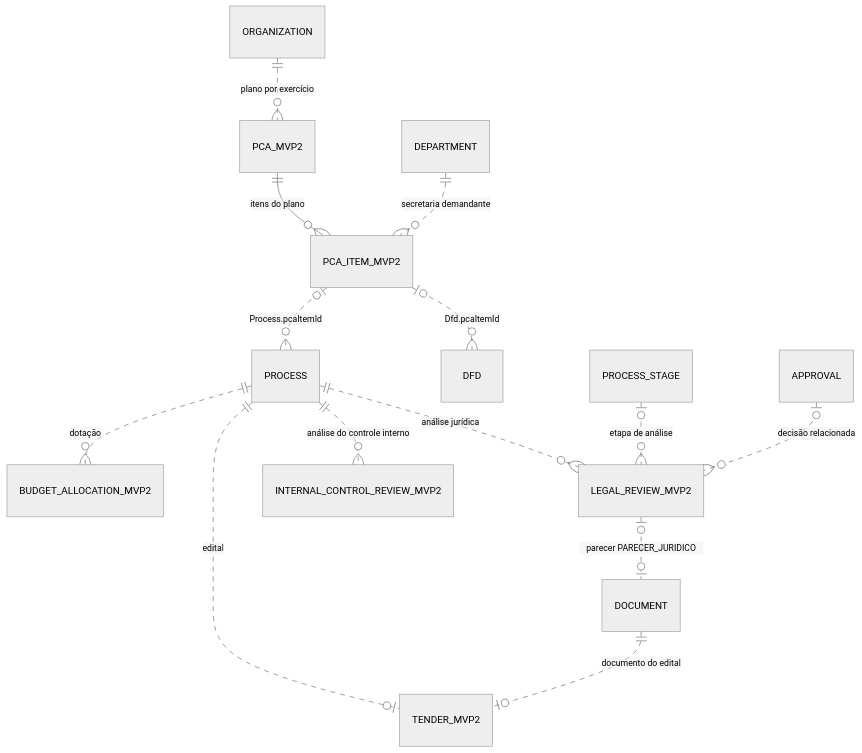
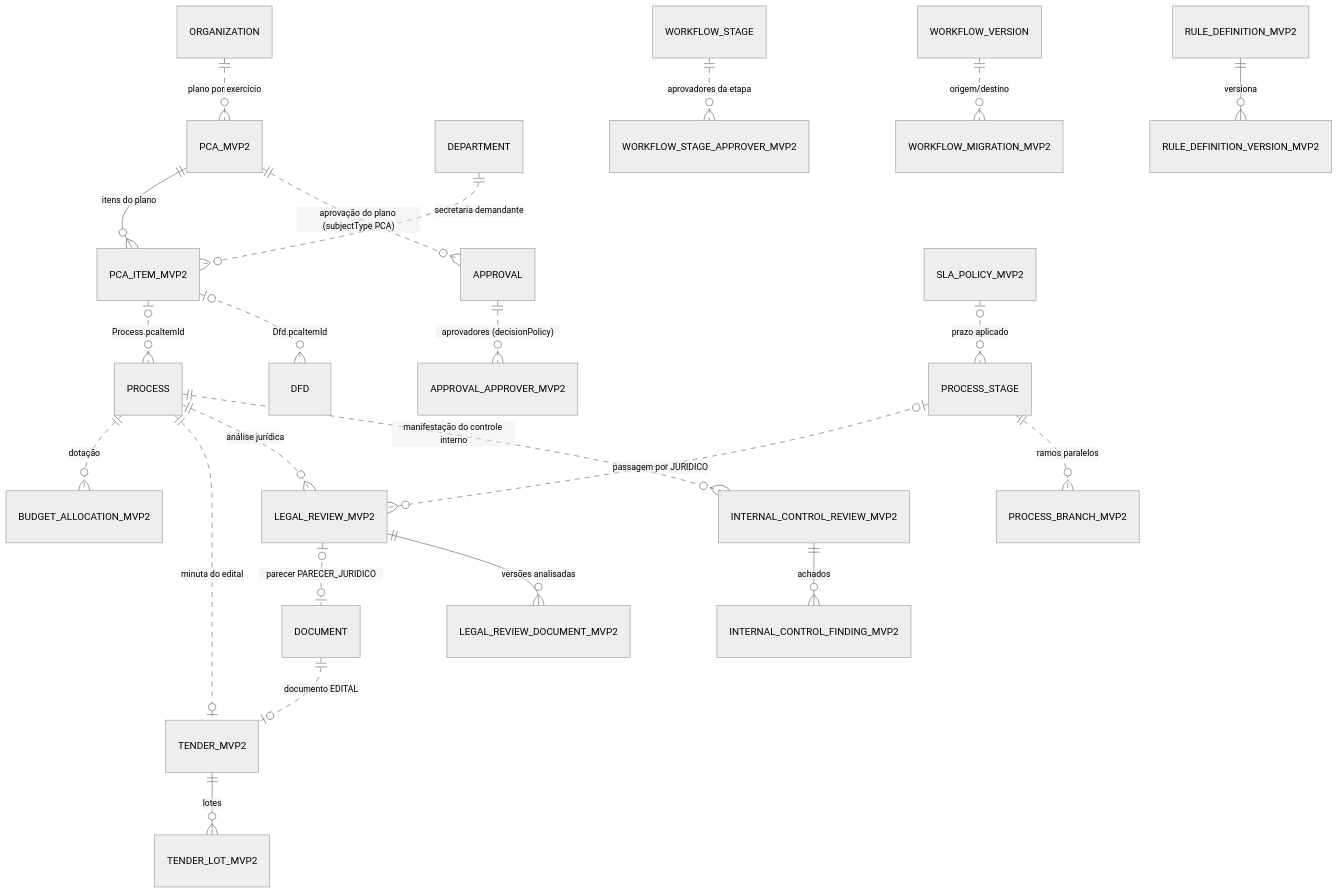
The tenth of 21 diagrams in docs/architecture/domains.md (contrataflow/contrataflow), drawn with Mermaid (neutral theme) before and after one commit. The commit also changed other lines of this file and 4 other files, not shown here.

````diff
--- a/docs/architecture/domains.md
+++ b/docs/architecture/domains.md
@@ -921,16 +926,25 @@
 ```mermaid
 erDiagram
     ORGANIZATION ||..o{ PCA_MVP2 : "plano por exercício"
     PCA_MVP2 ||--o{ PCA_ITEM_MVP2 : "itens do plano"
     DEPARTMENT ||..o{ PCA_ITEM_MVP2 : "secretaria demandante"
     PCA_ITEM_MVP2 |o..o{ PROCESS : "Process.pcaItemId"
     PCA_ITEM_MVP2 |o..o{ DFD : "Dfd.pcaItemId"
+    PCA_MVP2 ||..o{ APPROVAL : "aprovação do plano (subjectType PCA)"
     PROCESS ||..o{ BUDGET_ALLOCATION_MVP2 : "dotação"
+    PROCESS ||..o| TENDER_MVP2 : "minuta do edital"
+    DOCUMENT ||..o| TENDER_MVP2 : "documento EDITAL"
+    TENDER_MVP2 ||--o{ TENDER_LOT_MVP2 : lotes
     PROCESS ||..o{ LEGAL_REVIEW_MVP2 : "análise jurídica"
-    PROCESS_STAGE |o..o{ LEGAL_REVIEW_MVP2 : "etapa de análise"
-    APPROVAL |o..o{ LEGAL_REVIEW_MVP2 : "decisão relacionada"
+    PROCESS_STAGE |o..o{ LEGAL_REVIEW_MVP2 : "passagem por JURIDICO"
     LEGAL_REVIEW_MVP2 |o..o| DOCUMENT : "parecer PARECER_JURIDICO"
-    PROCESS ||..o{ INTERNAL_CONTROL_REVIEW_MVP2 : "análise do controle interno"
-    PROCESS ||..o| TENDER_MVP2 : "edital"
-    DOCUMENT ||..o| TENDER_MVP2 : "documento do edital"
+    LEGAL_REVIEW_MVP2 ||--o{ LEGAL_REVIEW_DOCUMENT_MVP2 : "versões analisadas"
+    PROCESS ||..o{ INTERNAL_CONTROL_REVIEW_MVP2 : "manifestação do controle interno"
+    INTERNAL_CONTROL_REVIEW_MVP2 ||--o{ INTERNAL_CONTROL_FINDING_MVP2 : "achados"
+    APPROVAL ||..o{ APPROVAL_APPROVER_MVP2 : "aprovadores (decisionPolicy)"
+    WORKFLOW_STAGE ||..o{ WORKFLOW_STAGE_APPROVER_MVP2 : "aprovadores da etapa"
+    PROCESS_STAGE ||..o{ PROCESS_BRANCH_MVP2 : "ramos paralelos"
+    WORKFLOW_VERSION ||..o{ WORKFLOW_MIGRATION_MVP2 : "origem/destino"
+    RULE_DEFINITION_MVP2 ||--o{ RULE_DEFINITION_VERSION_MVP2 : versiona
+    SLA_POLICY_MVP2 |o..o{ PROCESS_STAGE : "prazo aplicado"
 ```
````
